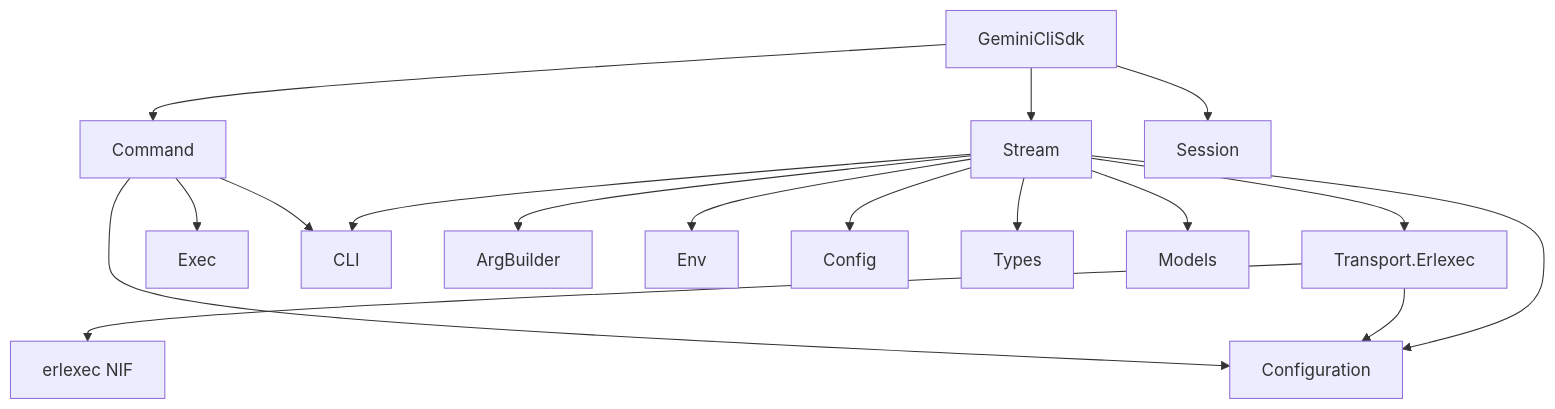
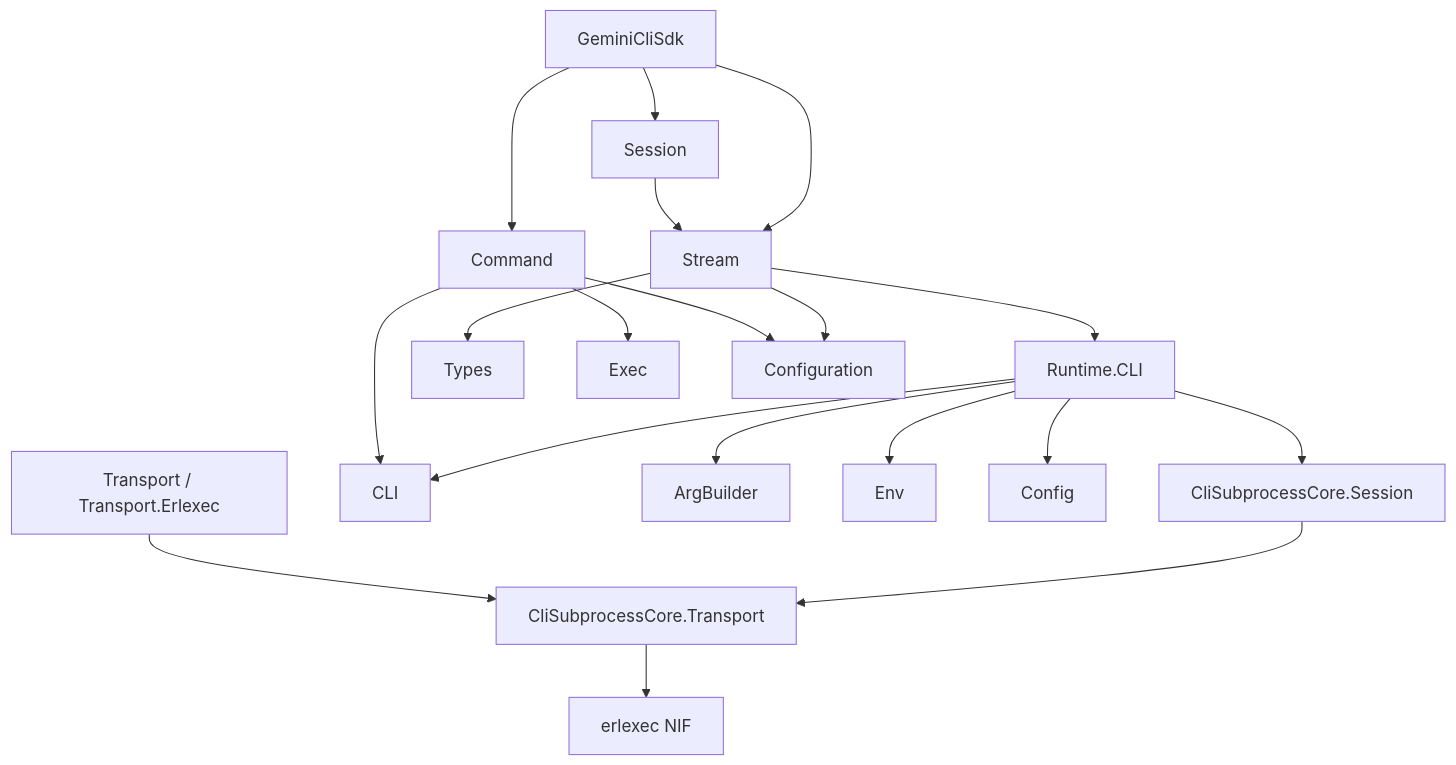
The diagram in guides/architecture.md (nshkrdotcom/gemini_cli_sdk), drawn with Mermaid before and after one commit. The commit also changed other lines of this file and 13 other files, not shown here.

First line of the commit message:
Replatform Gemini CLI streaming onto cli_subprocess_core

````diff
--- a/guides/architecture.md
+++ b/guides/architecture.md
@@ -7,19 +7,21 @@
 ```mermaid
 graph TD
     A[GeminiCliSdk] --> B[Stream]
     A --> C[Command]
     A --> D[Session]
-    B --> E[Transport.Erlexec]
-    C --> F[Exec]
-    B --> G[CLI]
-    B --> H[ArgBuilder]
-    B --> I[Env]
-    B --> J[Config]
-    B --> K[Types]
-    C --> G
-    E --> L[erlexec NIF]
-    B --> M[Configuration]
-    E --> M
-    C --> M
-    B --> N[Models]
+    B --> E[Runtime.CLI]
+    E --> F[CliSubprocessCore.Session]
+    F --> G[CliSubprocessCore.Transport]
+    G --> H[erlexec NIF]
+    E --> I[CLI]
+    E --> J[ArgBuilder]
+    E --> K[Env]
+    E --> L[Config]
+    B --> M[Types]
+    C --> N[Exec]
+    C --> I
+    B --> O[Configuration]
+    C --> O
+    D --> B
+    P[Transport / Transport.Erlexec] --> G
 ```
````
